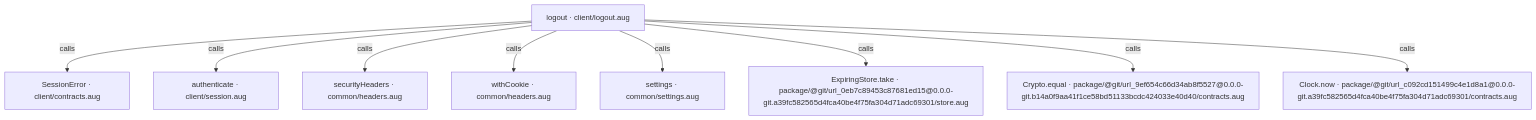
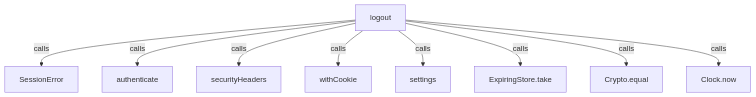
Before and after one commit to GreenPandaStudios/augscript: the second of 4 diagrams in docs/examples/oidc-login/client/logout-diagrams.md, drawn with Mermaid. The commit also changed other lines of this file and 524 other files, not shown here.

Commit message:
Explain checked data flow at folder and service levels

````diff
--- a/docs/examples/oidc-login/client/logout-diagrams.md
+++ b/docs/examples/oidc-login/client/logout-diagrams.md
@@ -47,20 +45,20 @@
 ```mermaid
 flowchart TD
-    n0["SessionError · client/contracts.aug"]
-    n1["logout · client/logout.aug"]
-    n2["authenticate · client/session.aug"]
-    n3["securityHeaders · common/headers.aug"]
-    n4["withCookie · common/headers.aug"]
-    n5["settings · common/settings.aug"]
-    n6["ExpiringStore.take · package/@git/url_0eb7c89453c87681ed15@0.0.0-git.a39fc582565d4fca40be4f75fa304d71adc69301/store.aug"]
-    n7["Crypto.equal · package/@git/url_9ef654c66d34ab8f5527@0.0.0-git.b14a0f9aa41f1ce58bd51133bcdc424033e40d40/contracts.aug"]
-    n8["Clock.now · package/@git/url_c092cd151499c4e1d8a1@0.0.0-git.a39fc582565d4fca40be4f75fa304d71adc69301/contracts.aug"]
+    n0["SessionError"]
+    n1["logout"]
+    n2["authenticate"]
+    n3["securityHeaders"]
+    n4["withCookie"]
+    n5["settings"]
+    n6["ExpiringStore.take"]
+    n7["Crypto.equal"]
+    n8["Clock.now"]
     n1 -->|"calls"| n0
     n1 -->|"calls"| n2
     n1 -->|"calls"| n3
     n1 -->|"calls"| n4
     n1 -->|"calls"| n5
     n1 -->|"calls"| n6
     n1 -->|"calls"| n7
     n1 -->|"calls"| n8
 ```
````
